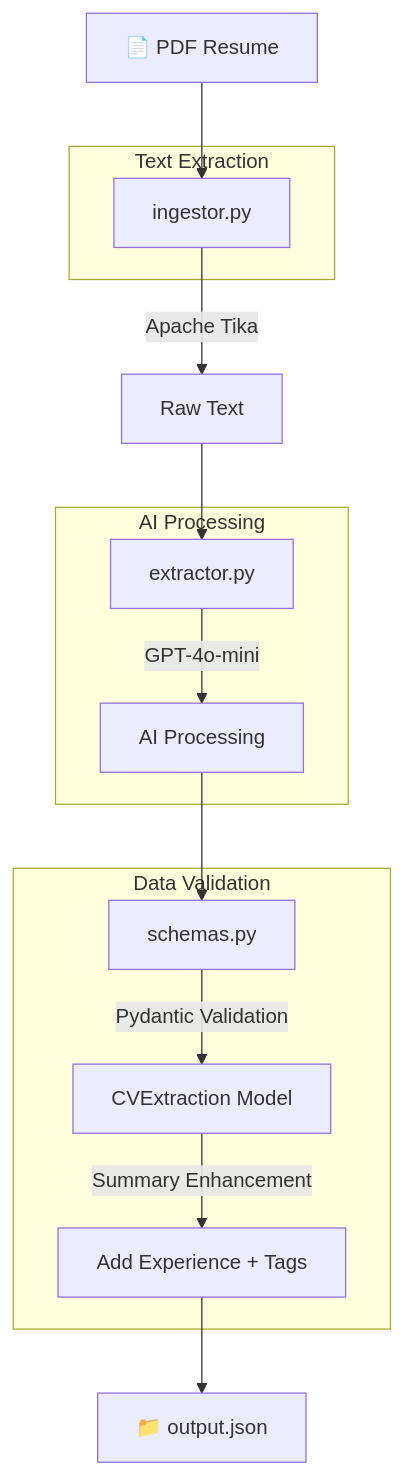
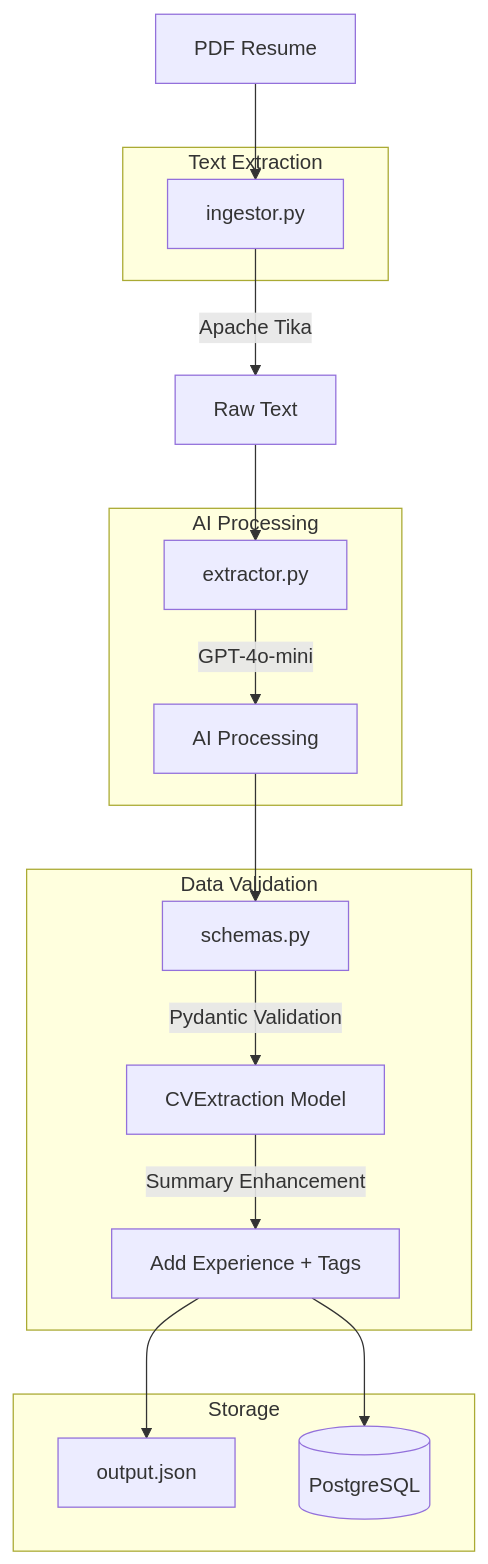
One commit to Augusta02/Zoomcamp changed the diagram in cv_extraction/README.md. Above: the diagram before and after it, drawn with Mermaid. The commit also changed other lines of this file and 2 other files, not shown here.

Commit message:
feat: Add PostgreSQL integration and update documentation

````diff
--- a/cv_extraction/README.md
+++ b/cv_extraction/README.md
@@ -15,26 +16,32 @@
 ```mermaid
 flowchart TD
-    A[📄 PDF Resume] --> B[ingestor.py]
+    A[PDF Resume] --> B[ingestor.py]
     B -->|Apache Tika| C[Raw Text]
     C --> D[extractor.py]
     D -->|GPT-4o-mini| E[AI Processing]
     E --> F[schemas.py]
     F -->|Pydantic Validation| G[CVExtraction Model]
     G -->|Summary Enhancement| H[Add Experience + Tags]
-    H --> I[📁 output.json]
+    H --> I[output.json]
+    H --> J[(PostgreSQL)]
 
     subgraph "Text Extraction"
         B
     end
 
     subgraph "AI Processing"
         D
         E
     end
 
     subgraph "Data Validation"
         F
         G
         H
     end
+
+    subgraph "Storage"
+        I
+        J
+    end
 ```
````
